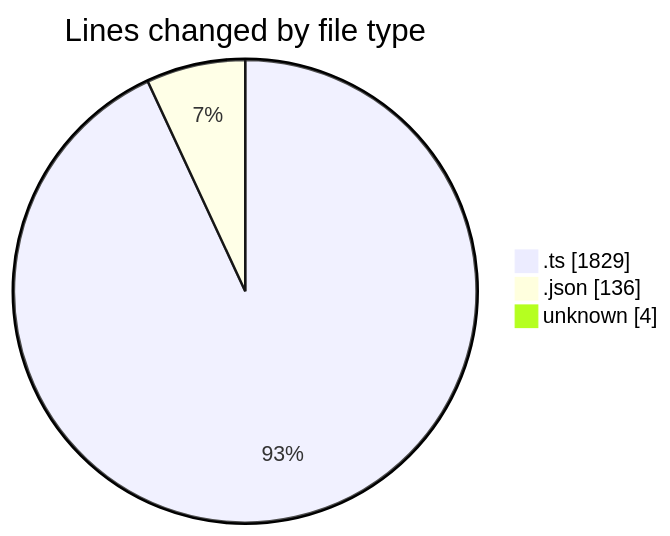
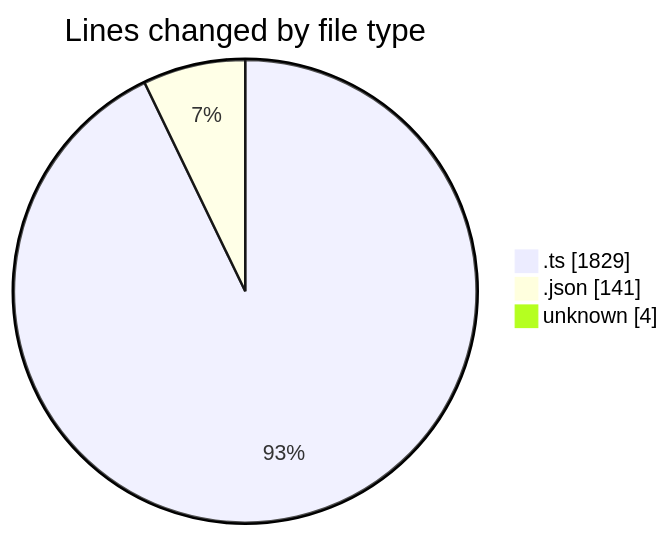
Before and after one commit to tmsrecording-cyber/code-tracking: the first of 2 diagrams in 2026-02-03/singularitybrainai/README.md, drawn with Mermaid. The commit also changed other lines of this file and 1 other file, not shown here.

````diff
--- a/2026-02-03/singularitybrainai/README.md
+++ b/2026-02-03/singularitybrainai/README.md
@@ -24,7 +24,7 @@
 ```mermaid
 pie showData
 title Lines changed by file type
 ".ts" : 1829
-".json" : 136
+".json" : 141
 "unknown" : 4
 ```
````
